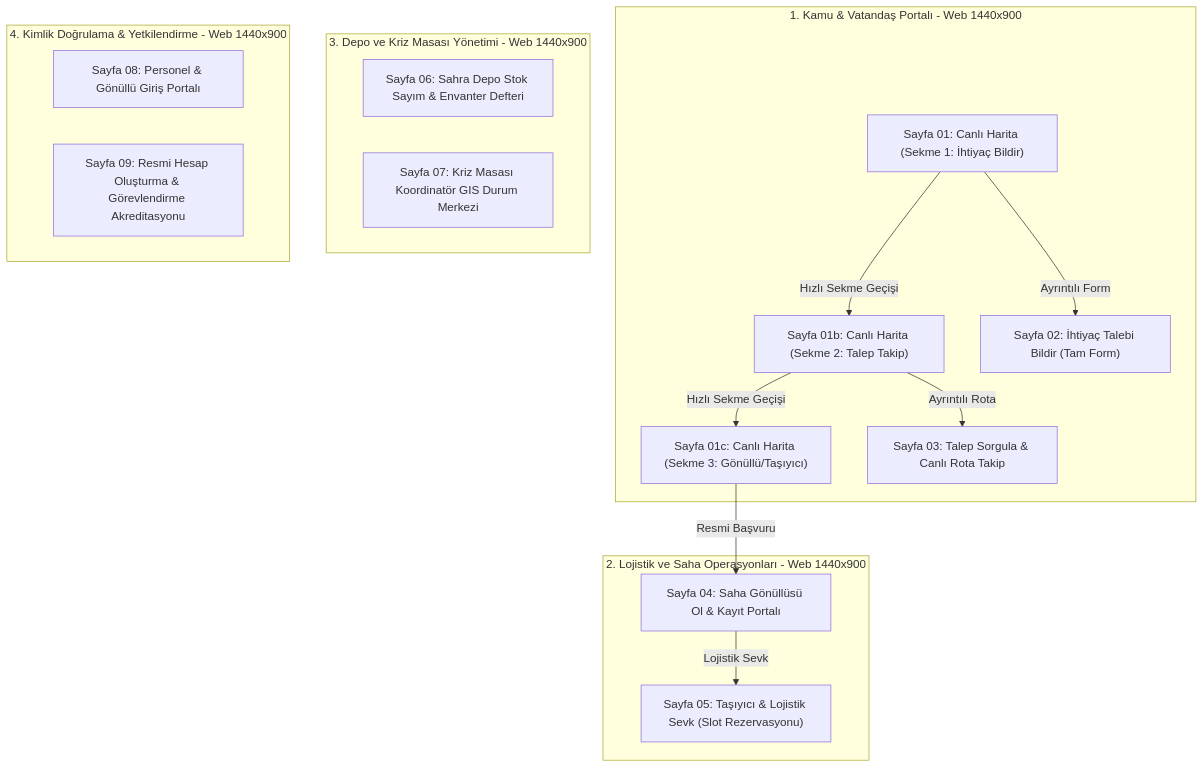
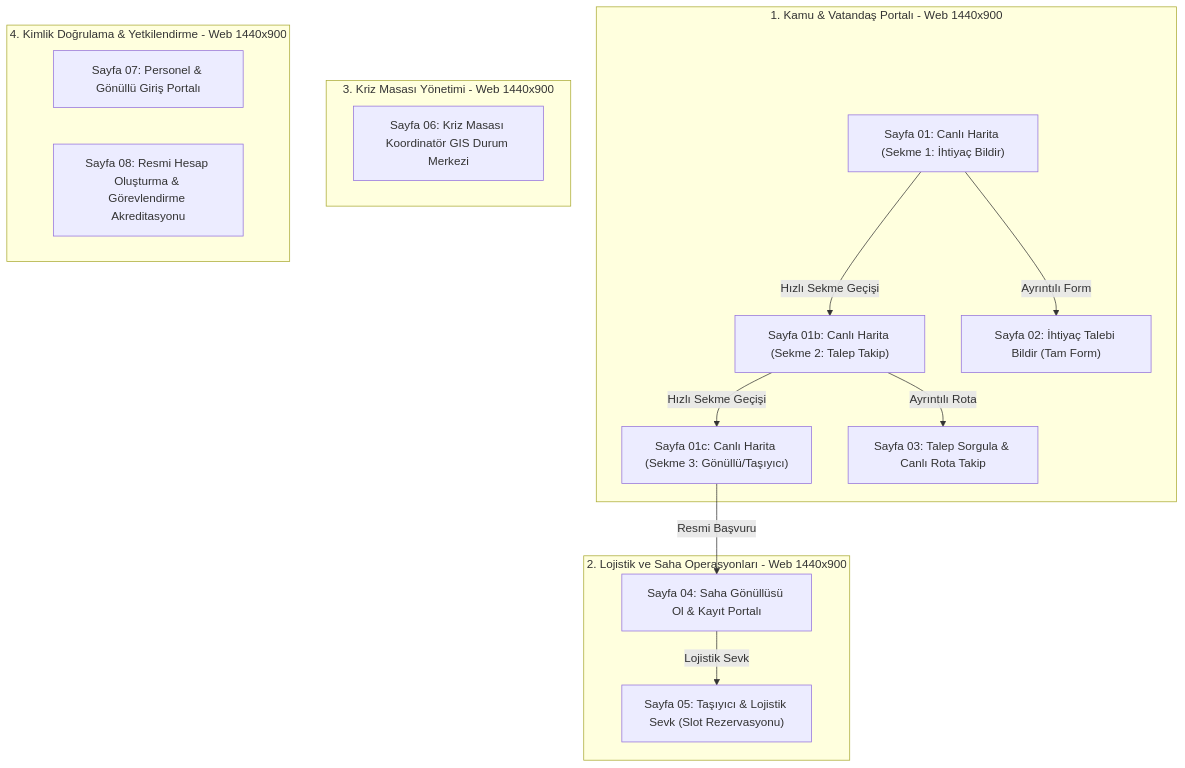
One commit to CoskunerBerke/AFLOS changed the diagram in docs/ui_ux/figma_prototype.md. Above: the diagram before and after it, drawn with Mermaid. The commit also changed other lines of this file, not shown here.

````diff
--- a/docs/ui_ux/figma_prototype.md
+++ b/docs/ui_ux/figma_prototype.md
@@ -170,24 +157,23 @@
 ```mermaid
 flowchart TD
     subgraph Public_Web [1. Kamu & Vatandaş Portalı - Web 1440x900]
         W1["Sayfa 01: Canlı Harita (Sekme 1: İhtiyaç Bildir)"] -->|Hızlı Sekme Geçişi| W1b["Sayfa 01b: Canlı Harita (Sekme 2: Talep Takip)"]
         W1b -->|Hızlı Sekme Geçişi| W1c["Sayfa 01c: Canlı Harita (Sekme 3: Gönüllü/Taşıyıcı)"]
         W1 -->|Ayrıntılı Form| W2["Sayfa 02: İhtiyaç Talebi Bildir (Tam Form)"]
         W1b -->|Ayrıntılı Rota| W3["Sayfa 03: Talep Sorgula & Canlı Rota Takip"]
     end
 
     subgraph Operations_Web [2. Lojistik ve Saha Operasyonları - Web 1440x900]
         W1c -->|Resmi Başvuru| W4["Sayfa 04: Saha Gönüllüsü Ol & Kayıt Portalı"]
         W4 -->|Lojistik Sevk| W5["Sayfa 05: Taşıyıcı & Lojistik Sevk (Slot Rezervasyonu)"]
     end
 
-    subgraph Institutional_Web [3. Depo ve Kriz Masası Yönetimi - Web 1440x900]
-        W6["Sayfa 06: Sahra Depo Stok Sayım & Envanter Defteri"]
-        W7["Sayfa 07: Kriz Masası Koordinatör GIS Durum Merkezi"]
+    subgraph Institutional_Web [3. Kriz Masası Yönetimi - Web 1440x900]
+        W7["Sayfa 06: Kriz Masası Koordinatör GIS Durum Merkezi"]
     end
 
     subgraph Security_Auth [4. Kimlik Doğrulama & Yetkilendirme - Web 1440x900]
-        W8["Sayfa 08: Personel & Gönüllü Giriş Portalı"]
-        W9["Sayfa 09: Resmi Hesap Oluşturma & Görevlendirme Akreditasyonu"]
+        W8["Sayfa 07: Personel & Gönüllü Giriş Portalı"]
+        W9["Sayfa 08: Resmi Hesap Oluşturma & Görevlendirme Akreditasyonu"]
     end
 ```
````
